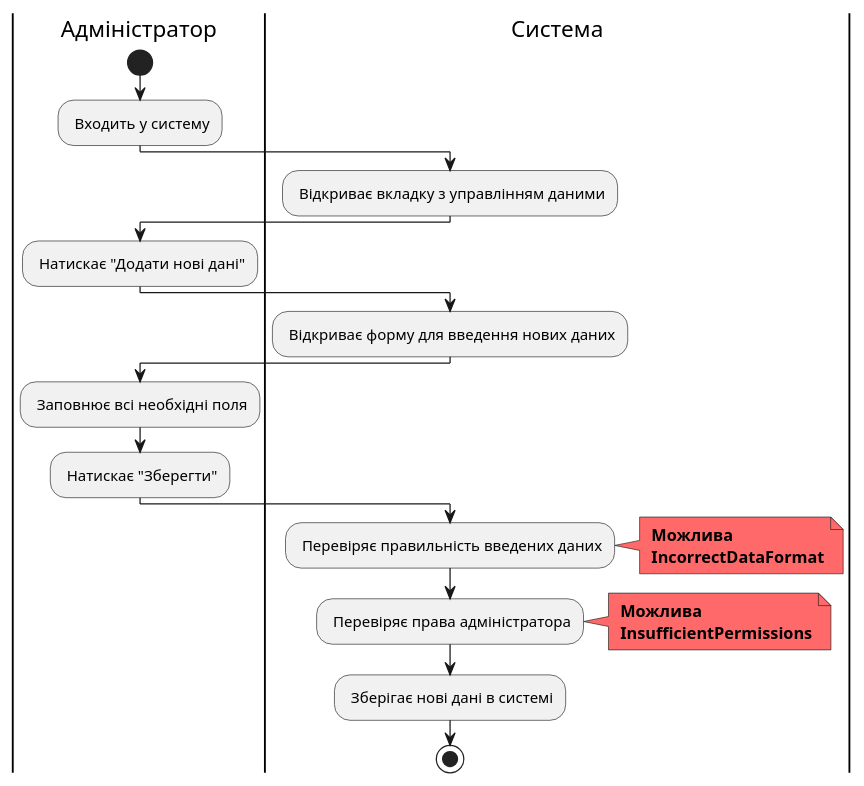
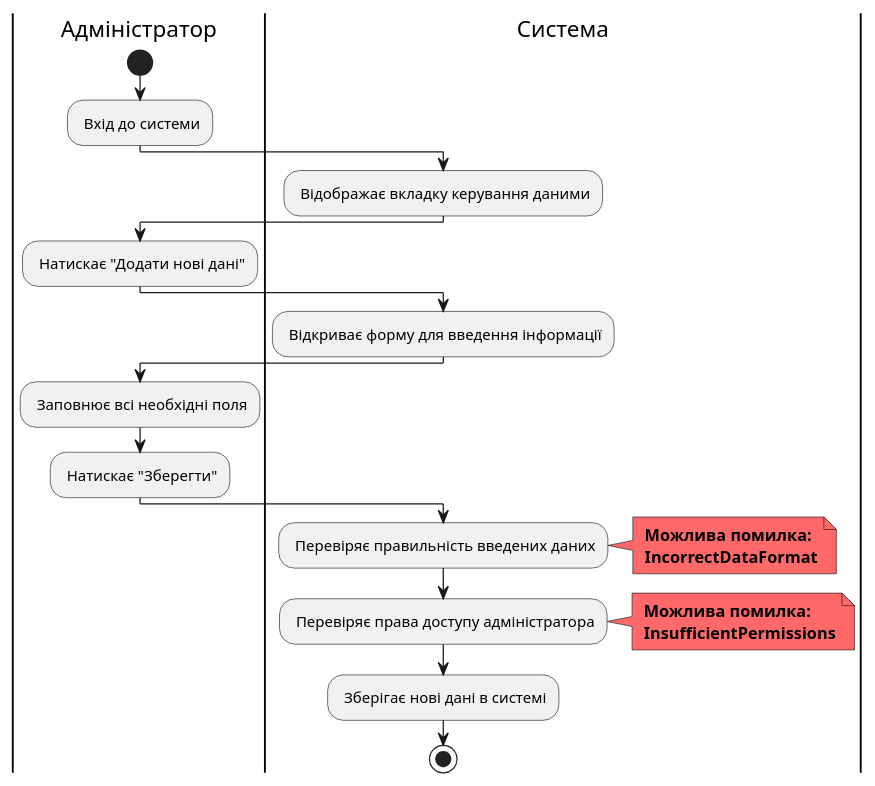
Before and after one commit to tyntyntynnnn/edu_db_labs: the seventh of 13 diagrams in docs/use cases/README.md, drawn with PlantUML. The commit also changed other lines of this file, not shown here.

Commit message:
diagrams

```diff
--- a/docs/use cases/README.md
+++ b/docs/use cases/README.md
@@ -330,37 +327,36 @@
 @startuml
 
-    |Адміністратор|
-    start;
-    : Входить у систему;
-    
-    |Система|
-    : Відкриває вкладку з управлінням даними;
-    
-    |Адміністратор|
-    : Натискає "Додати нові дані";
-    
-    |Система|
-    : Відкриває форму для введення нових даних;
-    
-    |Адміністратор|
-    : Заповнює всі необхідні поля;
-    : Натискає "Зберегти";
-    
-    |Система|
-    : Перевіряє правильність введених даних;
-    note right #FF6969
-    <b> Можлива
-    <b> IncorrectDataFormat
-    end note
-    
-    : Перевіряє права адміністратора;
-    note right #FF6969
-    <b> Можлива
-    <b> InsufficientPermissions
-    end note
-    
-    : Зберігає нові дані в системі;
-    
-    stop;
+|Адміністратор|
+start;
+: Вхід до системи;
 
+|Система|
+: Відображає вкладку керування даними;
+
+|Адміністратор|
+: Натискає "Додати нові дані";
+
+|Система|
+: Відкриває форму для введення інформації;
+
+|Адміністратор|
+: Заповнює всі необхідні поля;
+: Натискає "Зберегти";
+
+|Система|
+: Перевіряє правильність введених даних;
+note right #FF6969
+<b> Можлива помилка:
+<b> IncorrectDataFormat
+end note
+
+: Перевіряє права доступу адміністратора;
+note right #FF6969
+<b> Можлива помилка:
+<b> InsufficientPermissions
+end note
+
+: Зберігає нові дані в системі;
+
+stop;
 @enduml
```
